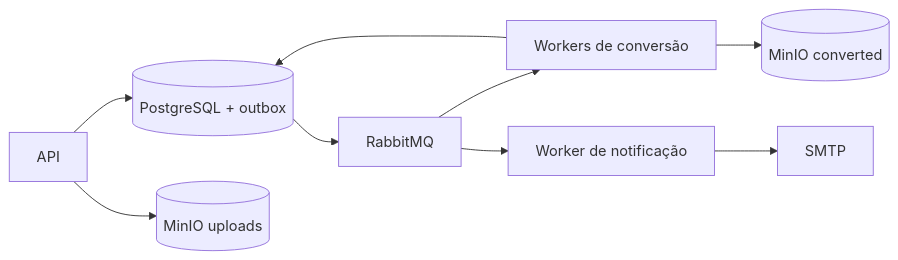
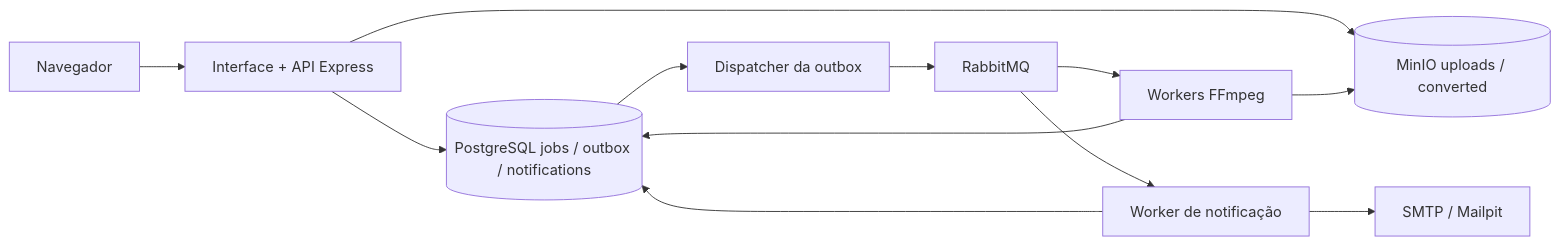
One commit to danilo-humberto/conversor-de-arquivos changed the first of 2 diagrams in docs/relatorio-entrega.md. Above: the diagram before and after it, drawn with Mermaid. The commit also changed other lines of this file and 4 other files, not shown here.

````diff
--- a/docs/relatorio-entrega.md
+++ b/docs/relatorio-entrega.md
@@ -11,8 +11,14 @@
 ```mermaid
 flowchart LR
-  API[API] --> DB[(PostgreSQL + outbox)] --> MQ[RabbitMQ]
-  API --> IN[(MinIO uploads)]
-  MQ --> CW[Workers de conversão] --> OUT[(MinIO converted)]
-  CW --> DB
-  MQ --> NW[Worker de notificação] --> SMTP[SMTP]
+  U[Navegador] --> A[Interface + API Express]
+  A --> S[(MinIO uploads / converted)]
+  A --> D[(PostgreSQL jobs / outbox / notifications)]
+  D --> O[Dispatcher da outbox]
+  O --> Q[RabbitMQ]
+  Q --> W[Workers FFmpeg]
+  W --> S
+  W --> D
+  Q --> N[Worker de notificação]
+  N --> D
+  N --> M[SMTP / Mailpit]
 ```
````
